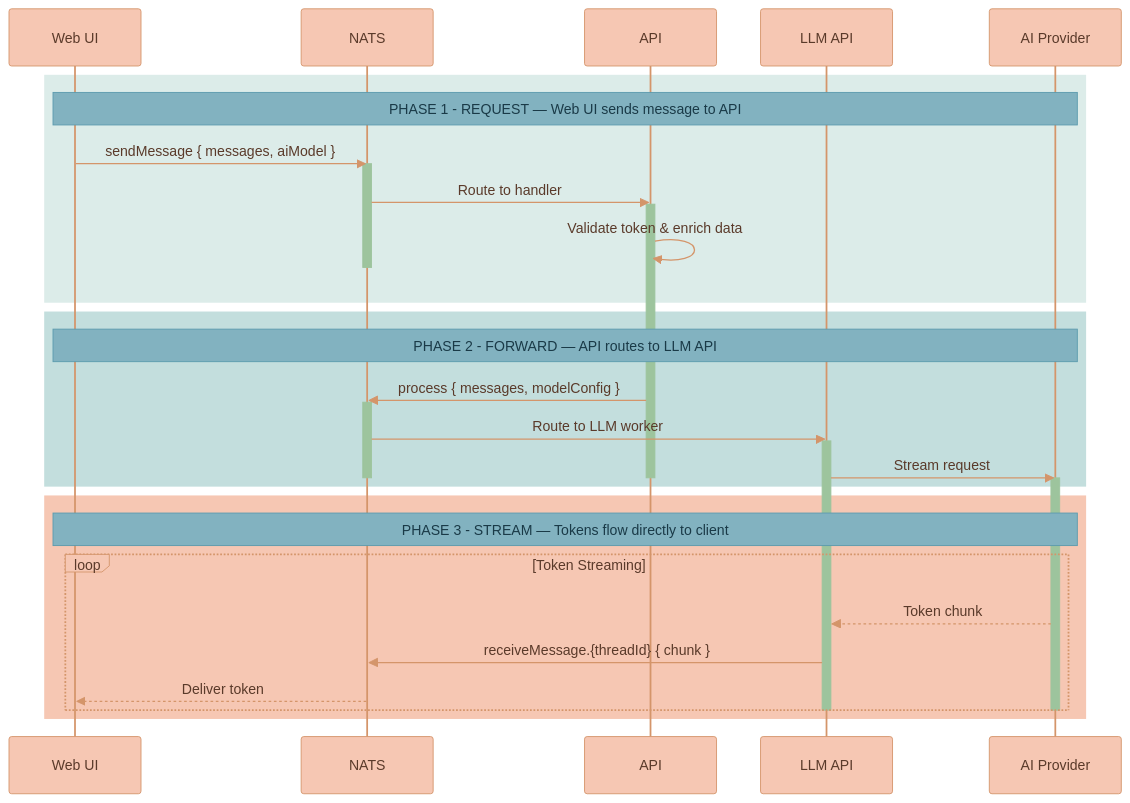
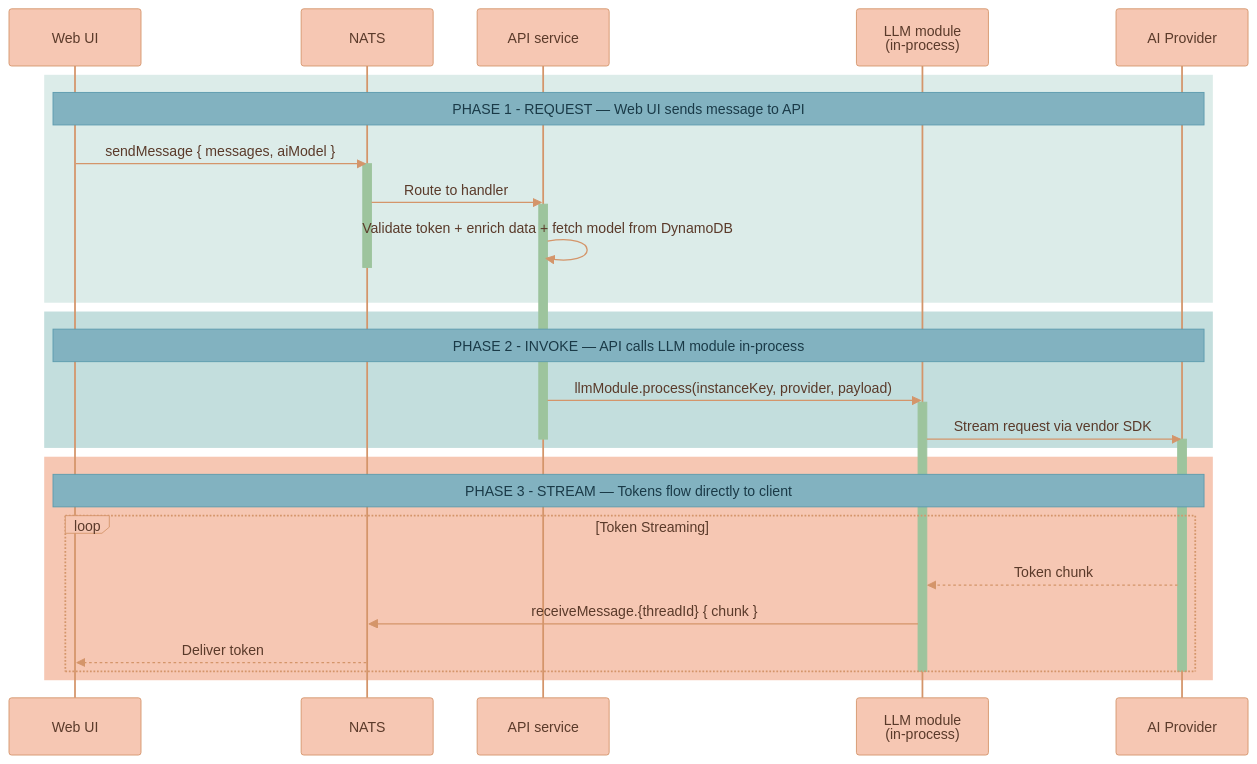
Before and after one commit to Lixpi/lixpi: the second of 5 diagrams in documentation/ARCHITECTURE.md, drawn with Mermaid. The commit also changed other lines of this file and 59 other files, not shown here.

Commit message:
LIX-137 # Migrate LLM orchestration from Python llm-api to TypeScript in-process LangGraph module

````diff
--- a/documentation/ARCHITECTURE.md
+++ b/documentation/ARCHITECTURE.md
@@ -64,42 +64,39 @@
 ```mermaid
 %%{init: {'theme': 'base', 'themeVariables': { 'noteBkgColor': '#82B2C0', 'noteTextColor': '#1a3a47', 'noteBorderColor': '#5a9aad', 'actorBkg': '#F6C7B3', 'actorBorder': '#d4956a', 'actorTextColor': '#5a3a2a', 'actorLineColor': '#d4956a', 'signalColor': '#d4956a', 'signalTextColor': '#5a3a2a', 'labelBoxBkgColor': '#F6C7B3', 'labelBoxBorderColor': '#d4956a', 'labelTextColor': '#5a3a2a', 'loopTextColor': '#5a3a2a', 'activationBorderColor': '#9DC49D', 'activationBkgColor': '#9DC49D', 'sequenceNumberColor': '#5a3a2a'}}}%%
 sequenceDiagram
     participant WebUI as Web UI
     participant NATS as NATS
-    participant API as API
-    participant LLM as LLM API
+    participant API as API service
+    participant LLM as LLM module<br/>(in-process)
     participant AI as AI Provider
 
     rect rgb(220, 236, 233)
         Note over WebUI, AI: PHASE 1 - REQUEST — Web UI sends message to API
         WebUI->>NATS: sendMessage { messages, aiModel }
         activate NATS
         NATS->>API: Route to handler
         activate API
-        API->>API: Validate token & enrich data
+        API->>API: Validate token + enrich data + fetch model from DynamoDB
         deactivate NATS
     end
 
     rect rgb(195, 222, 221)
-        Note over WebUI, AI: PHASE 2 - FORWARD — API routes to LLM API
-        API->>NATS: process { messages, modelConfig }
-        activate NATS
-        NATS->>LLM: Route to LLM worker
+        Note over WebUI, AI: PHASE 2 - INVOKE — API calls LLM module in-process
+        API->>LLM: llmModule.process(instanceKey, provider, payload)
         activate LLM
-        LLM->>AI: Stream request
+        LLM->>AI: Stream request via vendor SDK
         activate AI
         deactivate API
-        deactivate NATS
     end
 
     rect rgb(246, 199, 179)
         Note over WebUI, AI: PHASE 3 - STREAM — Tokens flow directly to client
         loop Token Streaming
             AI-->>LLM: Token chunk
             LLM->>NATS: receiveMessage.{threadId} { chunk }
             NATS-->>WebUI: Deliver token
         end
         deactivate AI
         deactivate LLM
     end
 ```
````
